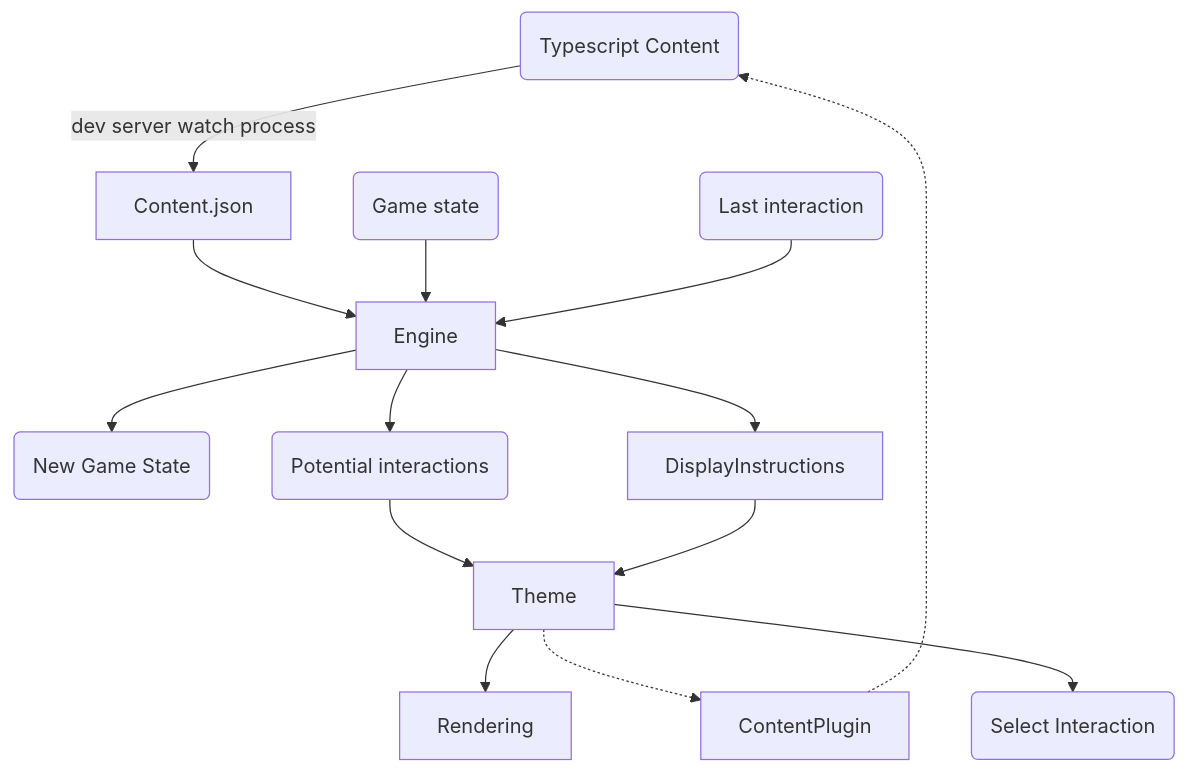
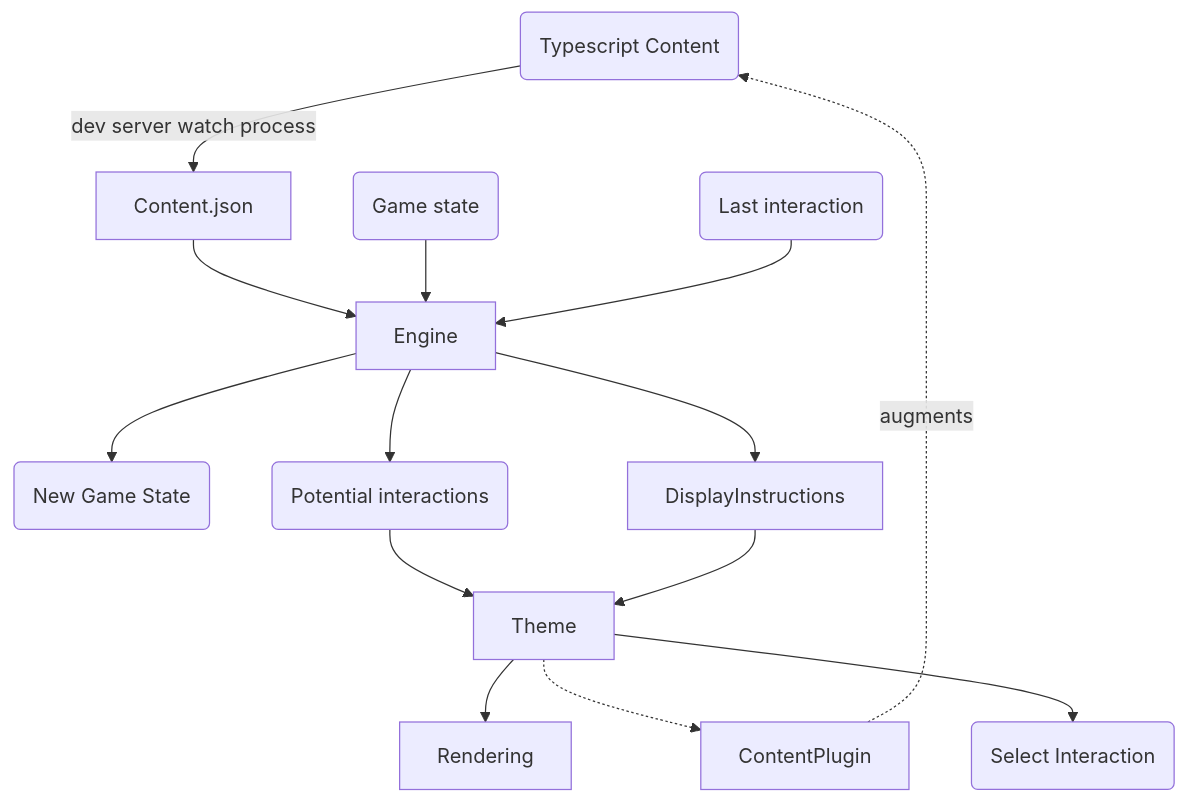
The diagram in ARCHITECTURE.md (matthijsgroen/point-n-click), drawn with Mermaid before and after one commit.

Commit message:
Add relation comment

````diff
--- a/ARCHITECTURE.md
+++ b/ARCHITECTURE.md
@@ -35,19 +35,19 @@
 ```mermaid
 flowchart
 
   TS-DSL(Typescript Content) -- dev server watch process --> Content.json
   Content.json --> Engine
   GameState(Game state) --> Engine
   Interaction(Last interaction) --> Engine
   Engine --> NewGameState(New Game State)
   Engine --> DisplayInstructions
   Engine --> PotentialInteractions(Potential interactions)
 
   PotentialInteractions --> Theme
   DisplayInstructions --> Theme
   Theme --> Rendering
   Theme -.-> ContentPlugin
-  ContentPlugin -.-> TS-DSL
+  ContentPlugin -. augments .-> TS-DSL
   Theme --> Selection(Select Interaction)
 
 ```
````
